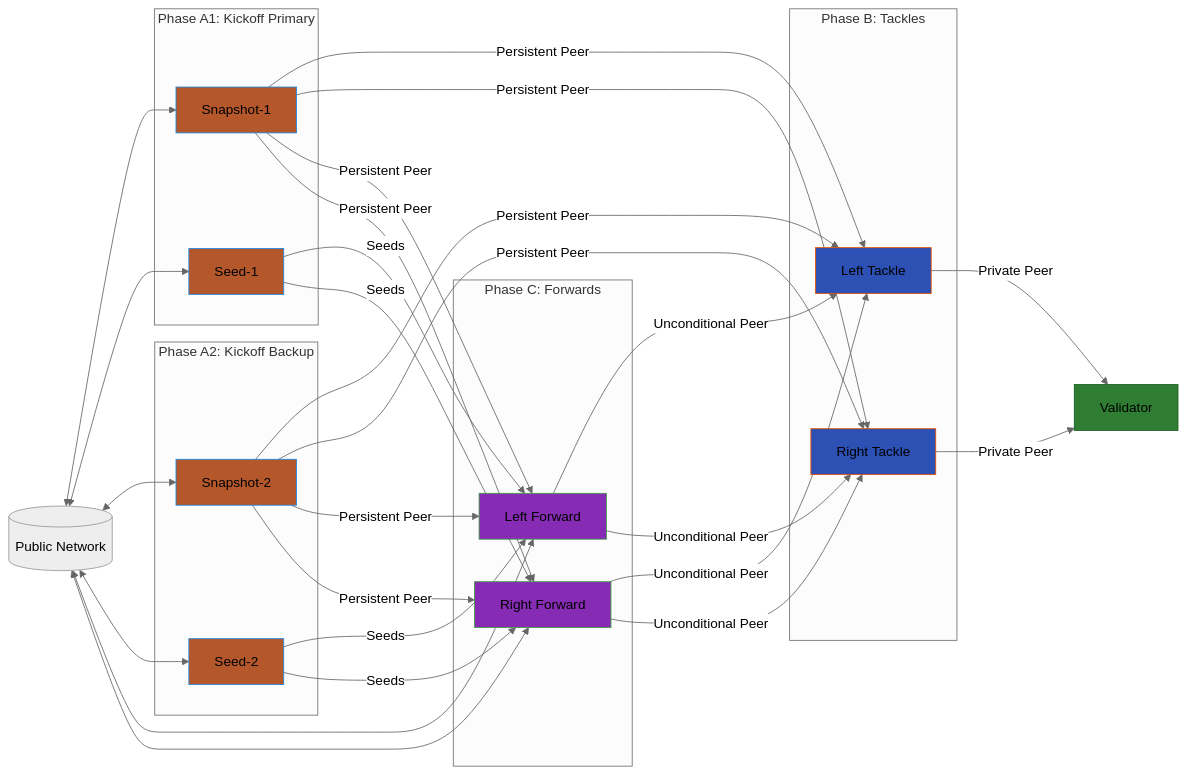
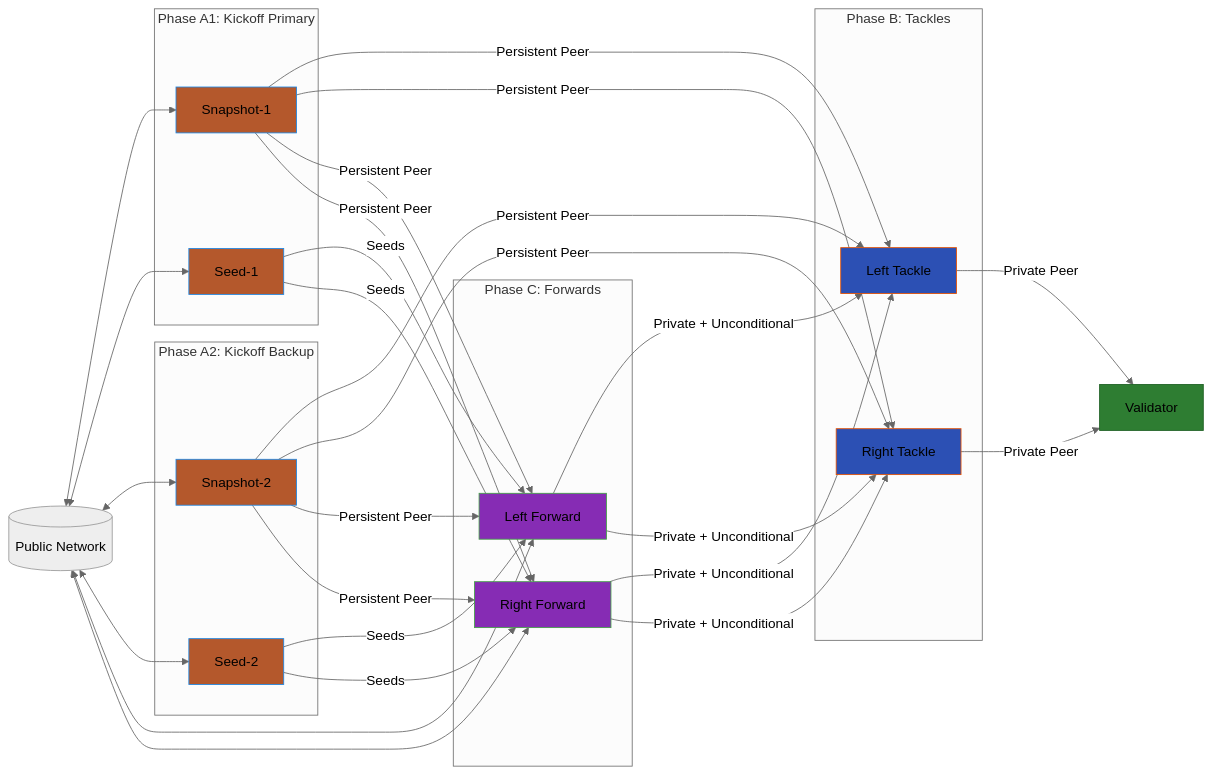
The diagram in playbook/oline-sdl/README.md (permissionlessweb/o-line), drawn with Mermaid (neutral theme) before and after one commit. The commit also changed other lines of this file and 7 other files, not shown here.

````diff
--- a/playbook/oline-sdl/README.md
+++ b/playbook/oline-sdl/README.md
@@ -126,59 +126,59 @@
 ```mermaid
 graph LR
     Network[(Public Network)] <--> S1
     Network <--> Sd1
     Network <--> S2
     Network <--> Sd2
     Network <--> LF
     Network <--> RF
 
     subgraph "Phase A1: Kickoff Primary"
         S1[Snapshot-1]
         Sd1[Seed-1]
     end
 
     subgraph "Phase A2: Kickoff Backup"
         S2[Snapshot-2]
         Sd2[Seed-2]
     end
 
     S1 -->|Persistent Peer| LT
     S1 -->|Persistent Peer| RT
     S2 -->|Persistent Peer| LT
     S2 -->|Persistent Peer| RT
     S1 -->|Persistent Peer| LF
     S1 -->|Persistent Peer| RF
     S2 -->|Persistent Peer| LF
     S2 -->|Persistent Peer| RF
     Sd1 -->|Seeds| LF
     Sd1 -->|Seeds| RF
     Sd2 -->|Seeds| LF
     Sd2 -->|Seeds| RF
 
     subgraph "Phase C: Forwards"
         LF[Left Forward]
         RF[Right Forward]
     end
 
-    LF -->|Unconditional Peer| LT
-    LF -->|Unconditional Peer| RT
-    RF -->|Unconditional Peer| LT
-    RF -->|Unconditional Peer| RT
+    LF -->|Private + Unconditional| LT
+    LF -->|Private + Unconditional| RT
+    RF -->|Private + Unconditional| LT
+    RF -->|Private + Unconditional| RT
 
     subgraph "Phase B: Tackles"
         LT[Left Tackle]
         RT[Right Tackle]
     end
 
     LT -->|Private Peer| Validator[Validator]
     RT -->|Private Peer| Validator
 
     classDef validator fill:#2e7d32,stroke:#1b5e20;
     classDef snapshot fill:#b4582c,stroke:#1e88e5;
     classDef tackle fill:#2c50b4,stroke:#e65100;
     classDef forward fill:#862cb4,stroke:#43a047;
     class Validator validator;
     class S1,Sd1,S2,Sd2 snapshot;
     class LT,RT tackle;
     class LF,RF forward;
 ```
````
